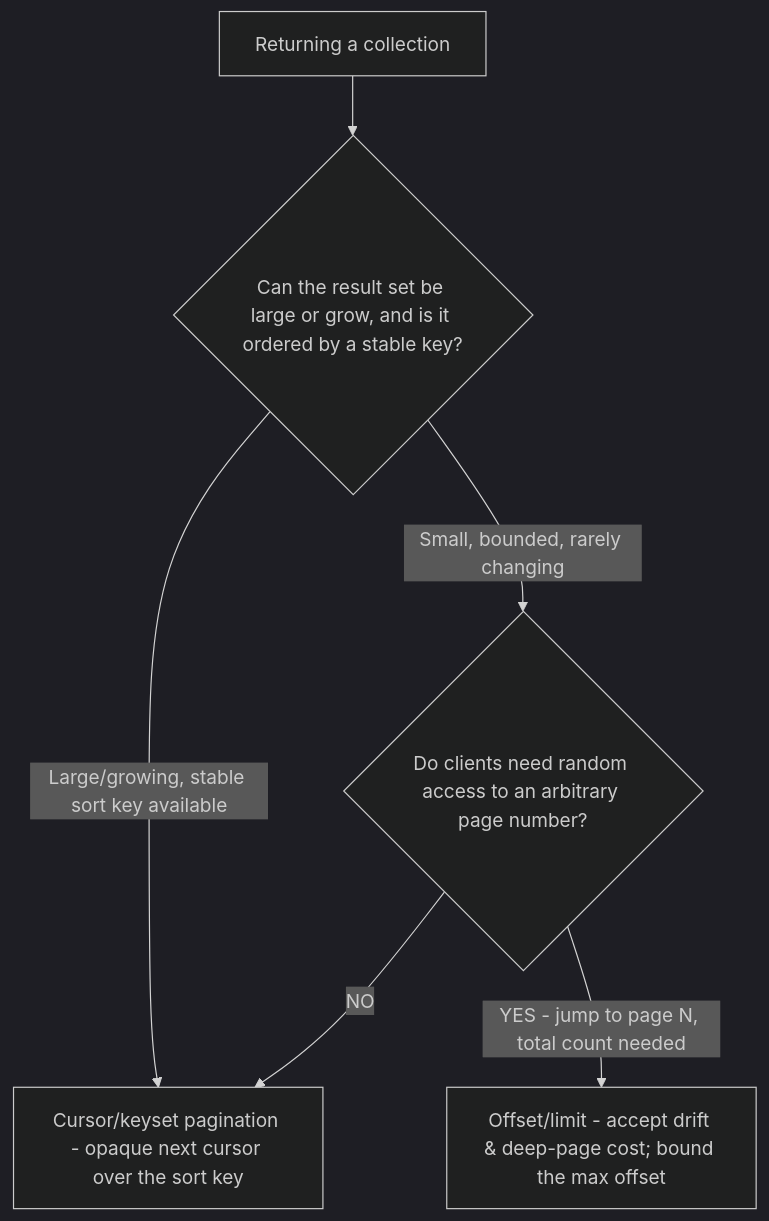
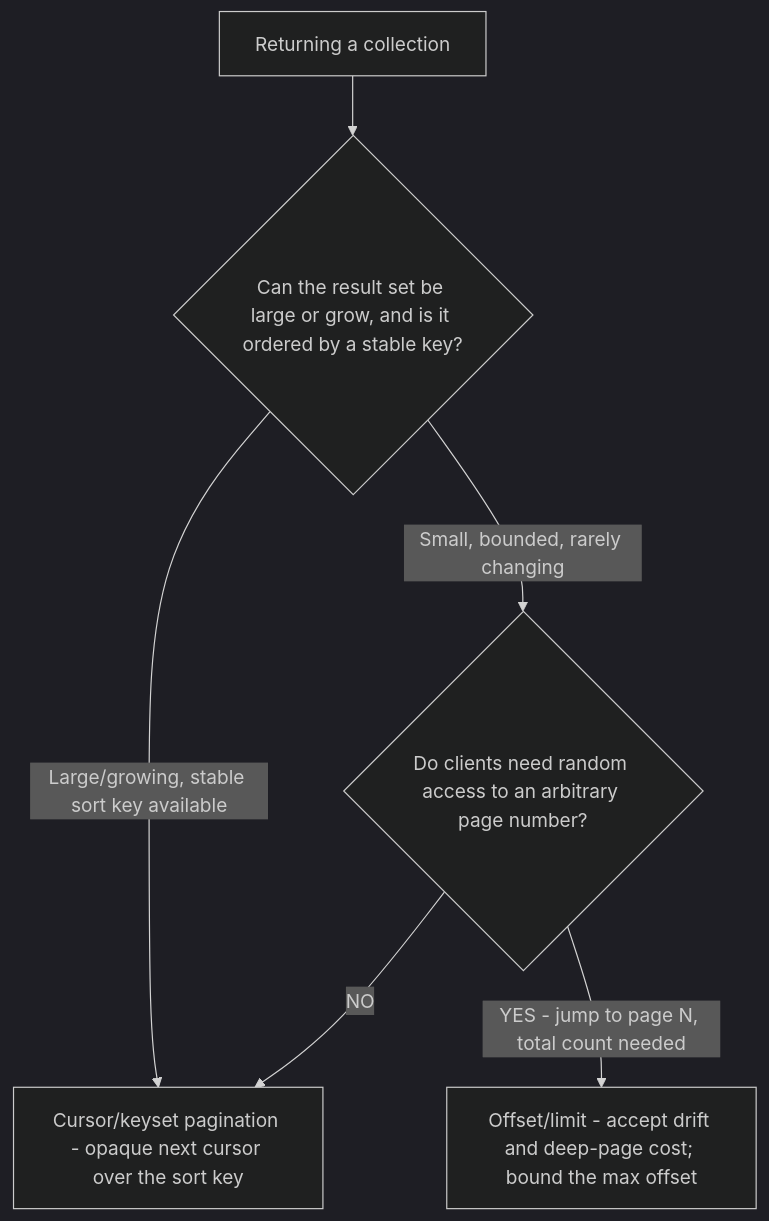
The third of 3 diagrams in plugins/api-engineering/knowledge/api-design-decision-trees.md (mcorbett51090/RavenClaude), drawn with Mermaid (dark theme) before and after one commit. The commit also changed other lines of this file and 13 other files, not shown here.

First line of the commit message:
fix(api-engineering): render decision-tree SVGs + fix Mermaid syntax for CI

````diff
--- a/plugins/api-engineering/knowledge/api-design-decision-trees.md
+++ b/plugins/api-engineering/knowledge/api-design-decision-trees.md
@@ -80,8 +80,8 @@
 ```mermaid
 flowchart TD
     START[Returning a collection] --> Q1{Can the result set be large or grow, and is it ordered by a stable key?}
     Q1 -->|Large/growing, stable sort key available| CURSOR[Cursor/keyset pagination - opaque next cursor over the sort key]
     Q1 -->|Small, bounded, rarely changing| Q2{Do clients need random access to an arbitrary page number?}
-    Q2 -->|YES - jump to page N, total count needed| OFFSET[Offset/limit - accept drift & deep-page cost; bound the max offset]
+    Q2 -->|YES - jump to page N, total count needed| OFFSET[Offset/limit - accept drift and deep-page cost; bound the max offset]
     Q2 -->|NO| CURSOR
 ```
````
